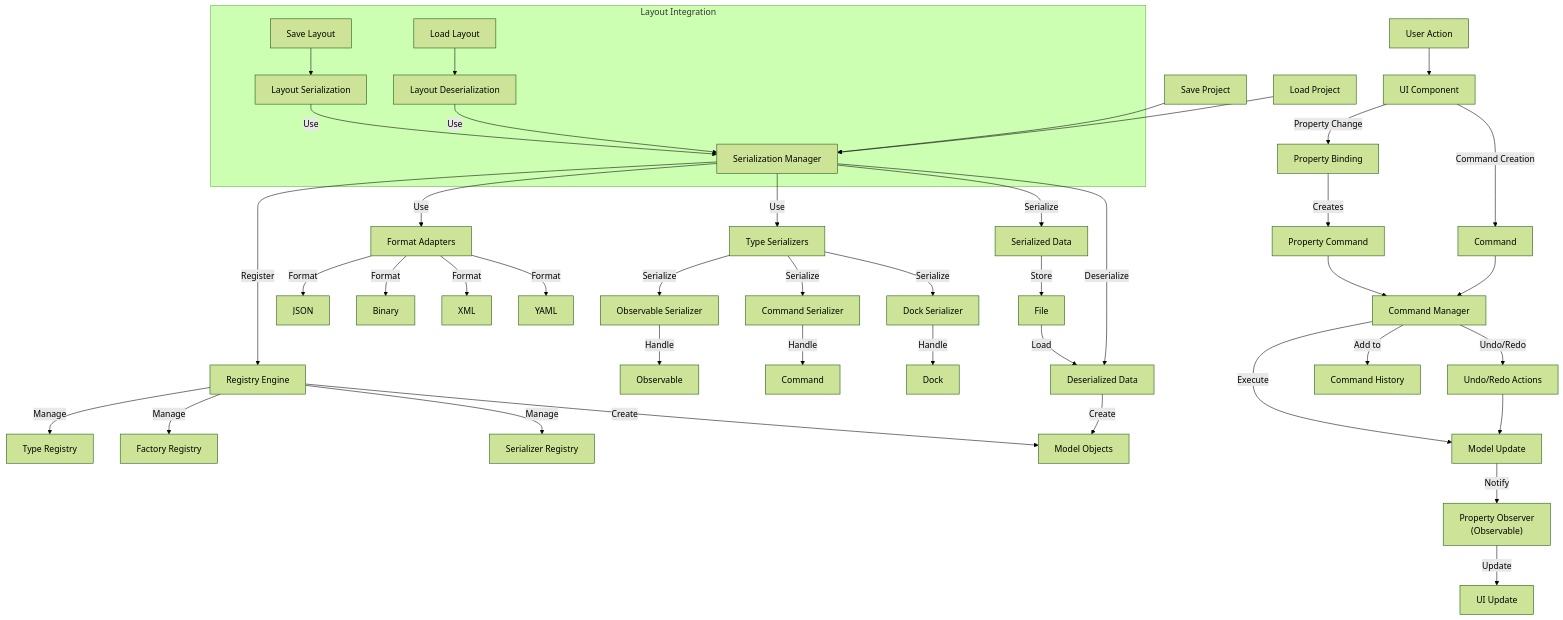
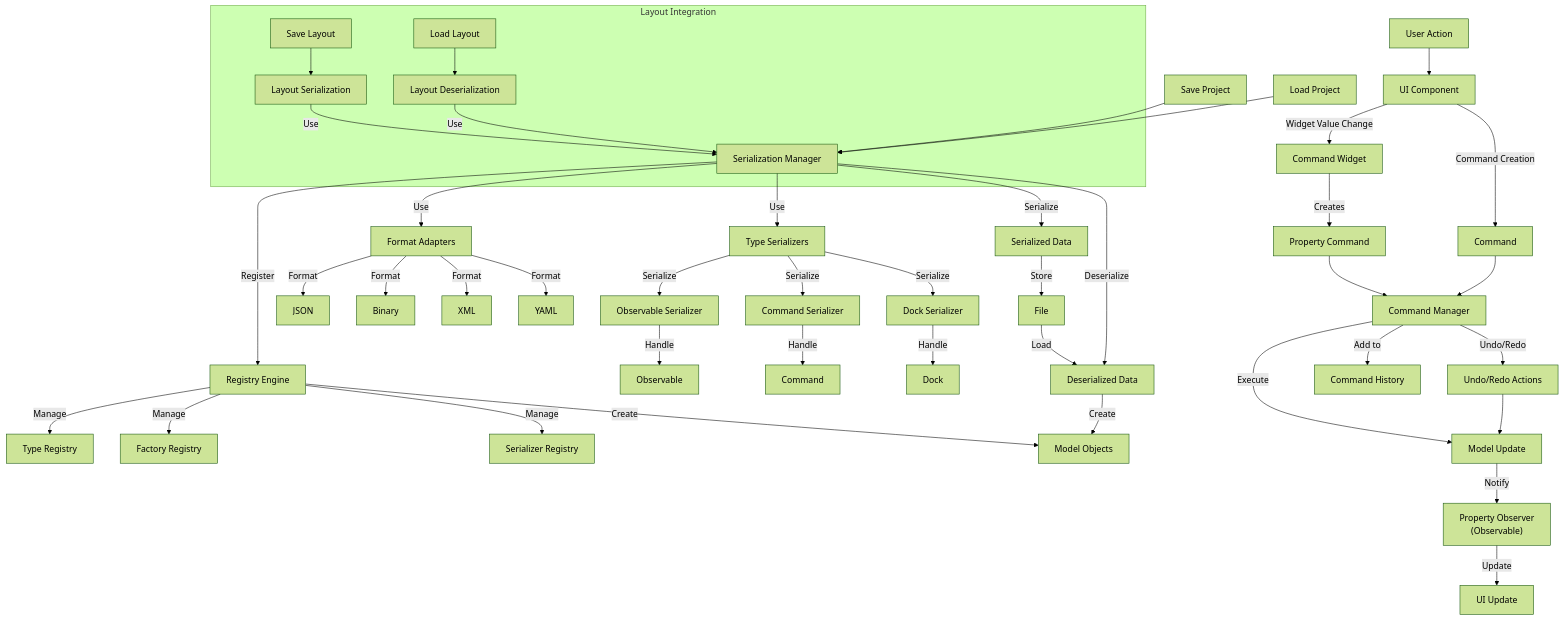
The diagram in command_system/docs/planned_command_system.md (maro7tigre/PySignalDecipher), drawn with Mermaid (forest theme) before and after one commit. The commit also changed 13 other files, not shown here.

````diff
--- a/command_system/docs/planned_command_system.md
+++ b/command_system/docs/planned_command_system.md
@@ -1,60 +1,60 @@
 ```mermaid
 flowchart TD
     User[User Action] --> UI[UI Component]
-    UI -- "Property Change" --> Binding[Property Binding]
+    UI -- "Widget Value Change" --> CmdWidget[Command Widget]
     UI -- "Command Creation" --> CMD[Command]
     
-    Binding -- "Creates" --> PropCmd[Property Command]
+    CmdWidget -- "Creates" --> PropCmd[Property Command]
     PropCmd --> CmdMgr[Command Manager]
     CMD --> CmdMgr
     
     CmdMgr -- "Execute" --> ModelUpdate[Model Update]
     CmdMgr -- "Add to" --> History[Command History]
     
     ModelUpdate -- "Notify" --> PropObserver["Property Observer\n(Observable)"]
     PropObserver -- "Update" --> UIUpdate[UI Update]
     
     CmdMgr -- "Undo/Redo" --> UndoRedo[Undo/Redo Actions]
     UndoRedo --> ModelUpdate
     
     %% New Serialization Flow
     SaveProject[Save Project] --> SerMgr[Serialization Manager]
     LoadProject[Load Project] --> SerMgr
     
     SerMgr -- "Register" --> Registry[Registry Engine]
     SerMgr -- "Use" --> FormatAdapters[Format Adapters]
     SerMgr -- "Use" --> TypeSerializers[Type Serializers]
     
     Registry -- "Manage" --> Types[Type Registry]
     Registry -- "Manage" --> Factories[Factory Registry]
     Registry -- "Manage" --> Serializers[Serializer Registry]
     
     FormatAdapters -- "Format" --> JSON[JSON]
     FormatAdapters -- "Format" --> Binary[Binary]
     FormatAdapters -- "Format" --> XML[XML]
     FormatAdapters -- "Format" --> YAML[YAML]
     
     TypeSerializers -- "Serialize" --> ObsSer[Observable Serializer]
     TypeSerializers -- "Serialize" --> CmdSer[Command Serializer]
     TypeSerializers -- "Serialize" --> DockSer[Dock Serializer]
     
     ObsSer -- "Handle" --> Observable[Observable]
     CmdSer -- "Handle" --> Command[Command]
     DockSer -- "Handle" --> Dock[Dock]
     
     SerMgr -- "Serialize" --> SerData[Serialized Data]
     SerData -- "Store" --> File[File]
     
     SerMgr -- "Deserialize" --> DeserData[Deserialized Data]
     File -- "Load" --> DeserData
     
     DeserData -- "Create" --> ModelObjects[Model Objects]
     Registry -- "Create" --> ModelObjects
     
     subgraph "Layout Integration"
         SaveLayout[Save Layout] --> LayoutSer[Layout Serialization]
         LoadLayout[Load Layout] --> LayoutDeser[Layout Deserialization]
         LayoutSer -- "Use" --> SerMgr
         LayoutDeser -- "Use" --> SerMgr
     end
 ```
````
